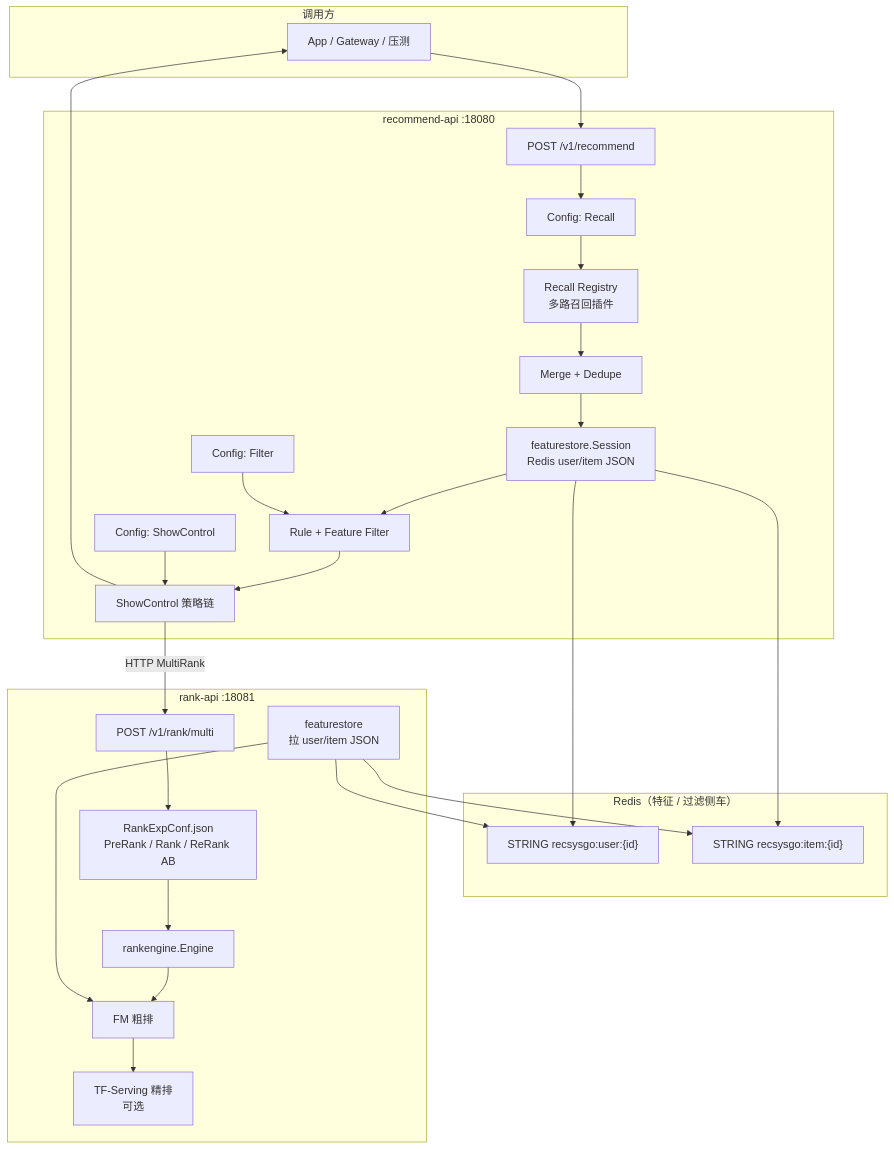
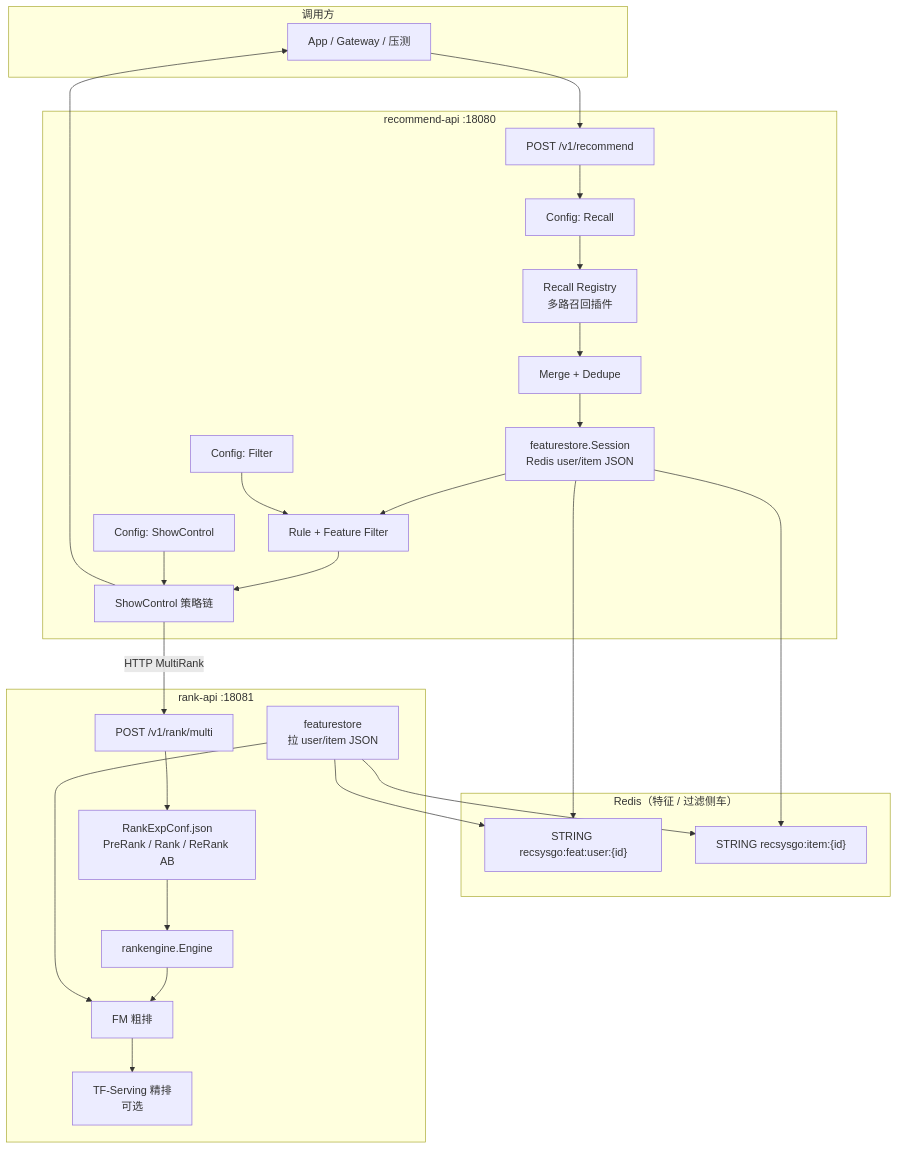
The first of 6 diagrams in README.md (gerogexiongle/recsys_go), drawn with Mermaid before and after one commit. The commit also changed other lines of this file and 20 other files, not shown here.

````diff
--- a/README.md
+++ b/README.md
@@ -12,47 +12,47 @@
 ```mermaid
 flowchart TB
   subgraph Client["调用方"]
     APP[App / Gateway / 压测]
   end
 
   subgraph Recommend["recommend-api :18080"]
     API["POST /v1/recommend"]
     CFG_R["Config: Recall"]
     CFG_F["Config: Filter"]
     CFG_S["Config: ShowControl"]
     RECALL[Recall Registry<br/>多路召回插件]
     MERGE[Merge + Dedupe]
     FEAT_C["featurestore.Session<br/>Redis user/item JSON"]
     FILTER[Rule + Feature Filter]
     SHOW[ShowControl 策略链]
     API --> CFG_R --> RECALL --> MERGE
     MERGE --> FEAT_C --> FILTER --> SHOW
     CFG_F --> FILTER
     CFG_S --> SHOW
   end
 
   subgraph Redis["Redis（特征 / 过滤侧车）"]
-    UK["STRING recsysgo:user:{id}"]
+    UK["STRING recsysgo:feat:user:{id}"]
     IK["STRING recsysgo:item:{id}"]
   end
 
   subgraph Rank["rank-api :18081"]
     RAPI["POST /v1/rank/multi"]
     EXP["RankExpConf.json<br/>PreRank / Rank / ReRank AB"]
     ENG["rankengine.Engine"]
     FM["FM 粗排"]
     TF["TF-Serving 精排<br/>可选"]
     RAPI --> EXP --> ENG
     ENG --> FM --> TF
     FEAT_R["featurestore<br/>拉 user/item JSON"]
     FEAT_R --> FM
   end
 
   APP --> API
   FEAT_C --> UK
   FEAT_C --> IK
   SHOW -->|HTTP MultiRank| RAPI
   FEAT_R --> UK
   FEAT_R --> IK
   SHOW --> APP
 ```
````
